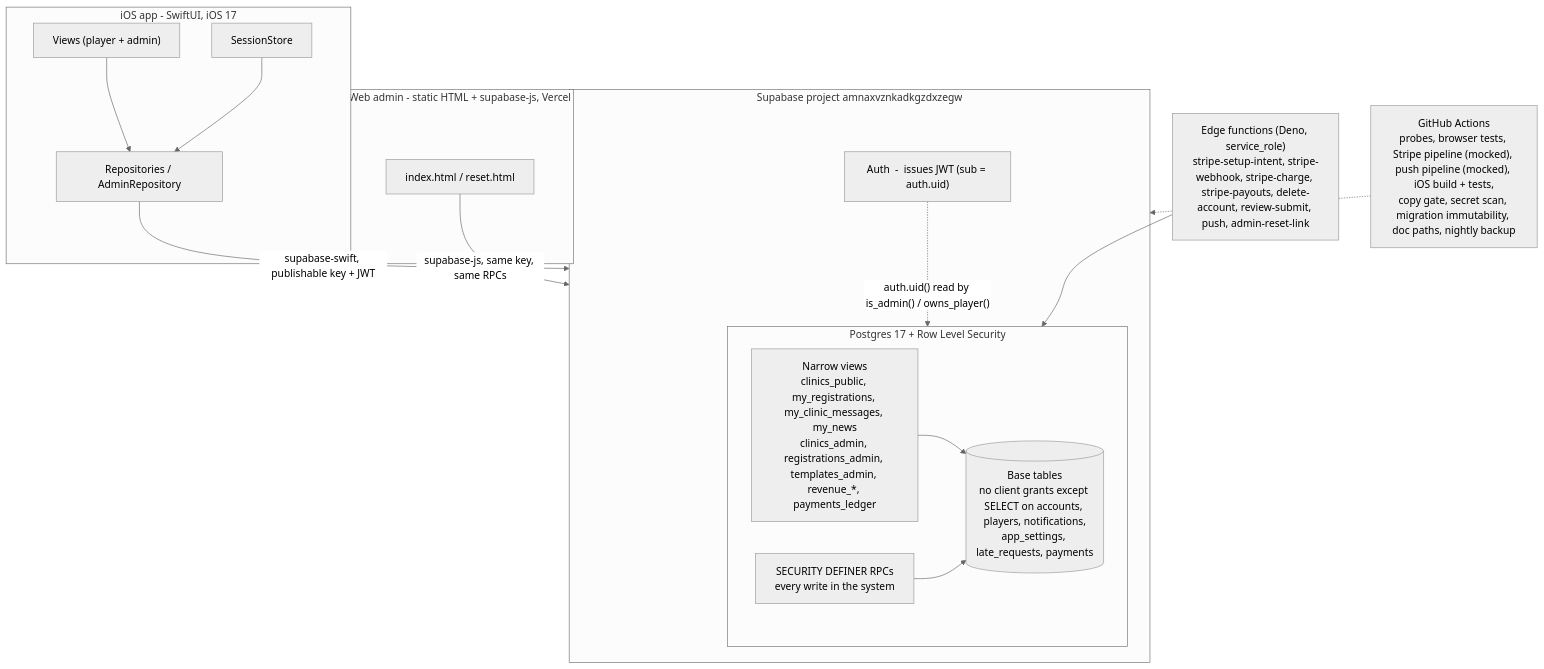
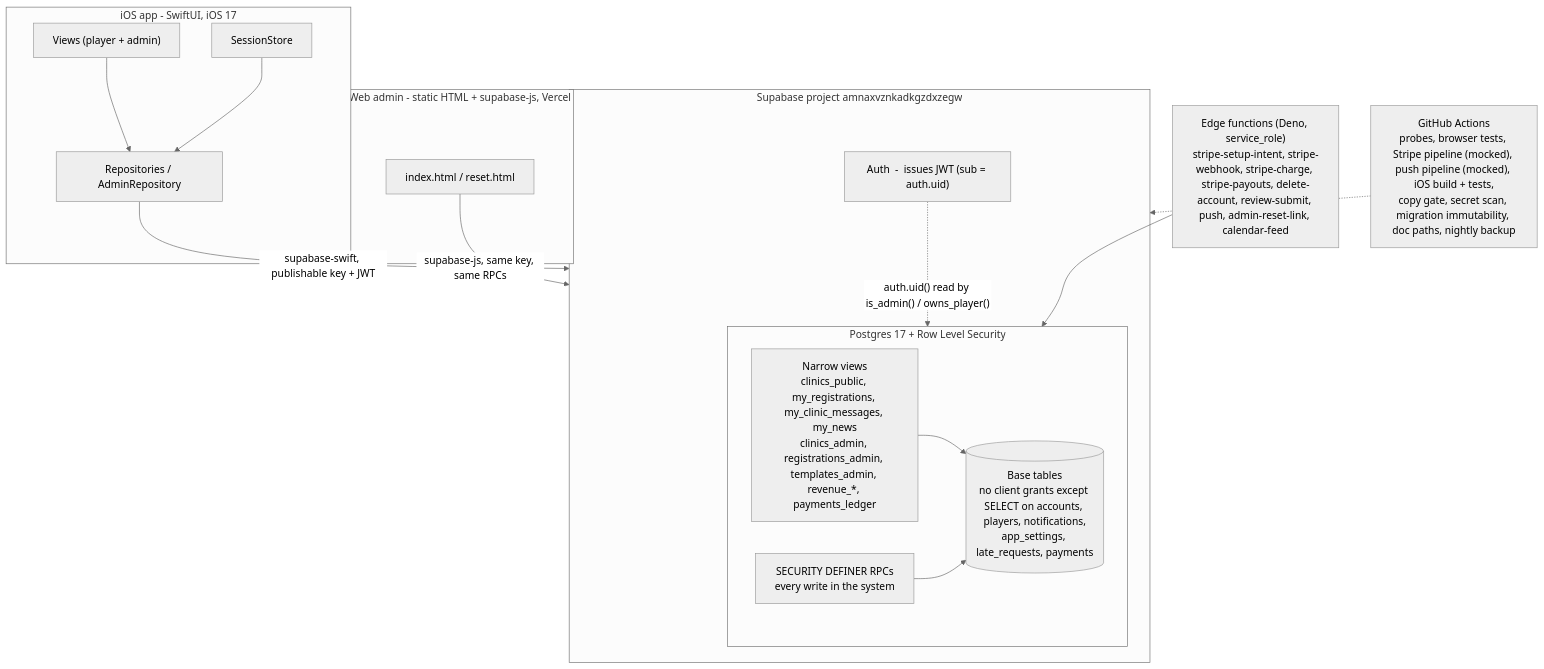
Before and after one commit to Volee-Team/FXE: the diagram in docs/architecture.md, drawn with Mermaid (neutral theme). The commit also changed other lines of this file and 3 other files, not shown here.

First line of the commit message:
Decision 0029 and the map: the calendar feed

````diff
--- a/docs/architecture.md
+++ b/docs/architecture.md
@@ -73,33 +74,33 @@
 ```mermaid
 flowchart TD
     subgraph ios["iOS app  -  SwiftUI, iOS 17"]
         views["Views (player + admin)"]
         session["SessionStore"]
         repos["Repositories / AdminRepository"]
         views --> repos
         session --> repos
     end
 
     subgraph web["Web admin  -  static HTML + supabase-js, Vercel"]
         page["index.html / reset.html"]
     end
 
     repos -->|"supabase-swift, publishable key + JWT"| supa
     page -->|"supabase-js, same key, same RPCs"| supa
 
     subgraph supa["Supabase project amnaxvznkadkgzdxzegw"]
         auth["Auth  -  issues JWT (sub = auth.uid)"]
         subgraph pg["Postgres 17 + Row Level Security"]
             vws["Narrow views<br/>clinics_public, my_registrations, my_clinic_messages, my_news<br/>clinics_admin, registrations_admin, templates_admin, revenue_*, payments_ledger"]
             rpc["SECURITY DEFINER RPCs<br/>every write in the system"]
             tbl[("Base tables<br/>no client grants except SELECT on accounts, players, notifications,<br/>app_settings, late_requests, payments")]
             vws --> tbl
             rpc --> tbl
         end
         auth -.->|"auth.uid() read by is_admin() / owns_player()"| pg
     end
 
-    edge["Edge functions (Deno, service_role)<br/>stripe-setup-intent, stripe-webhook, stripe-charge, stripe-payouts, delete-account, review-submit, push, admin-reset-link"]
+    edge["Edge functions (Deno, service_role)<br/>stripe-setup-intent, stripe-webhook, stripe-charge, stripe-payouts, delete-account, review-submit, push, admin-reset-link, calendar-feed"]
     edge --> pg
     gha["GitHub Actions<br/>probes, browser tests, Stripe pipeline (mocked), push pipeline (mocked), iOS build + tests,<br/>copy gate, secret scan, migration immutability, doc paths, nightly backup"] -.-> supa
 ```
````
